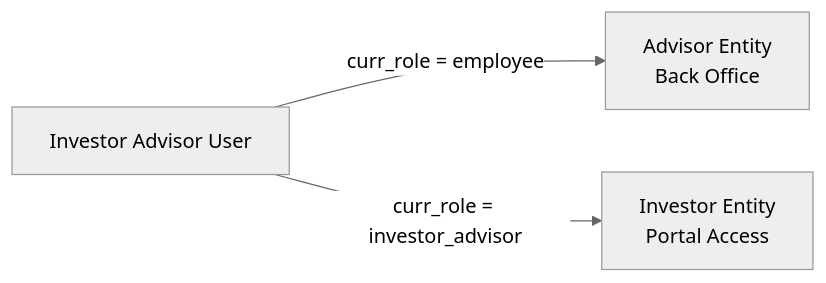
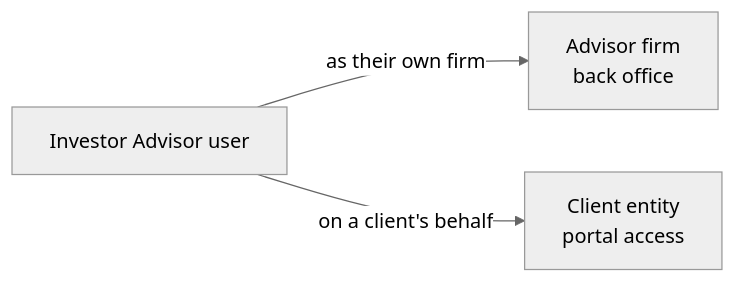
One commit to sampadadiwan/IRM_CompanyMain changed the third of 4 diagrams in docs/user_guides/user_role_management_user_guide.md. Above: the diagram before and after it, drawn with Mermaid (neutral theme). The commit also changed other lines of this file and 21 other files, not shown here.

````diff
--- a/docs/user_guides/user_role_management_user_guide.md
+++ b/docs/user_guides/user_role_management_user_guide.md
@@ -157,5 +141,5 @@
 ```mermaid
 flowchart LR
-    IA[Investor Advisor User] --> |curr_role = employee| AdvisorEntity[Advisor Entity\nBack Office]
-    IA --> |curr_role = investor_advisor| InvestorPortal[Investor Entity\nPortal Access]
+    IA[Investor Advisor user] -->|as their own firm| AdvisorEntity[Advisor firm<br/>back office]
+    IA -->|on a client's behalf| InvestorPortal[Client entity<br/>portal access]
 ```
````
